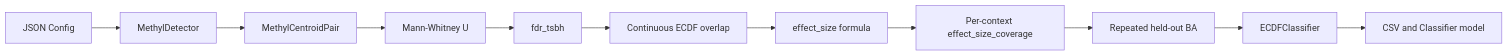
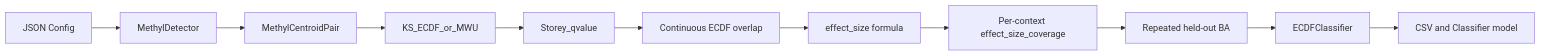
Before and after one commit to Goliath-Research/GoliathWorkflow: the diagram in packages/methyldetector/docs/METHYLDETECTOR_IMPLEMENTATION.md, drawn with Mermaid. The commit also changed other lines of this file and 96 other files, not shown here.

````diff
--- a/packages/methyldetector/docs/METHYLDETECTOR_IMPLEMENTATION.md
+++ b/packages/methyldetector/docs/METHYLDETECTOR_IMPLEMENTATION.md
@@ -12,25 +12,25 @@
 ```mermaid
 flowchart LR
     Config[JSON Config]
     Detector[MethylDetector]
     Pair[MethylCentroidPair]
-    MWU[Mann-Whitney U]
-    FDR[fdr_tsbh]
+    Test[KS_ECDF_or_MWU]
+    FDR[Storey_qvalue]
     ECDF[Continuous ECDF overlap]
     Effect[effect_size formula]
     Filter[Per-context effect_size_coverage]
     Holdout[Repeated held-out BA]
     Clf[ECDFClassifier]
     Out[CSV and Classifier model]
 
     Config --> Detector
     Detector --> Pair
-    Pair --> MWU
-    MWU --> FDR
+    Pair --> Test
+    Test --> FDR
     FDR --> ECDF
     ECDF --> Effect
     Effect --> Filter
     Filter --> Holdout
     Holdout --> Clf
     Clf --> Out
 ```
````
